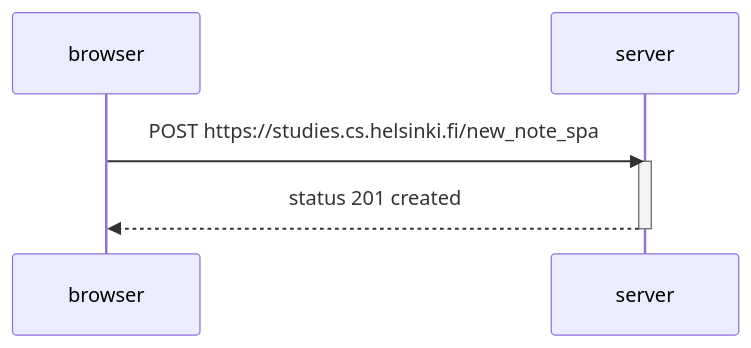
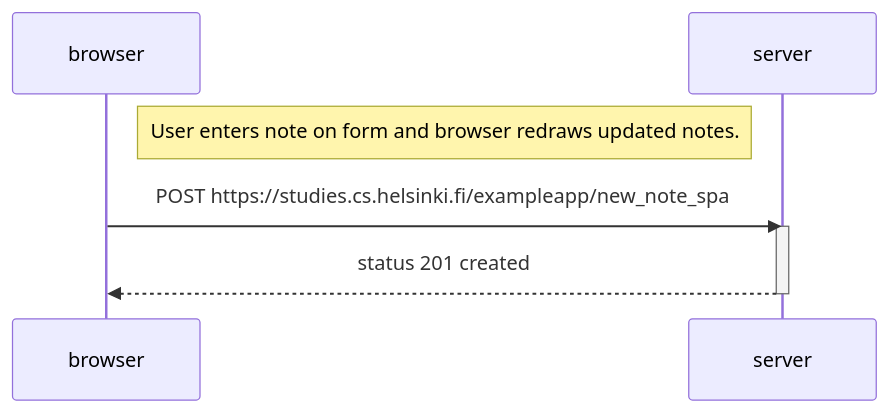
The diagram in Part0/0.6.md (marceloslo/FullstackHelsinkiUniversity), drawn with Mermaid before and after one commit.

````diff
--- a/Part0/0.6.md
+++ b/Part0/0.6.md
@@ -2,12 +2,15 @@
 ```mermaid
 sequenceDiagram
     participant browser
     participant server
     
-    browser->>server: POST https://studies.cs.helsinki.fi/new_note_spa
+    
+    Note right of browser: User enters note on form and browser redraws updated notes.
+
+    browser->>server: POST https://studies.cs.helsinki.fi/exampleapp/new_note_spa
     activate server
     server-->>browser: status 201 created
     deactivate server
     
 
 ```
````
